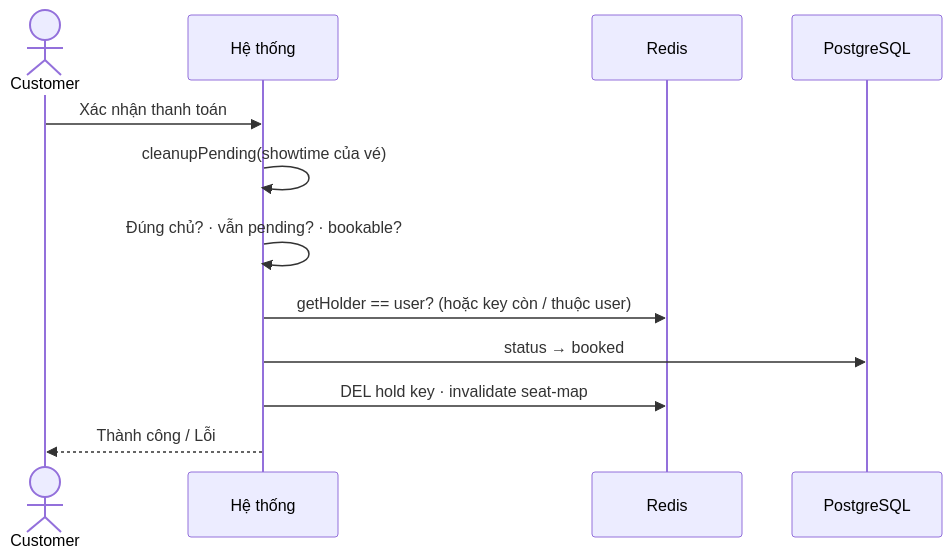
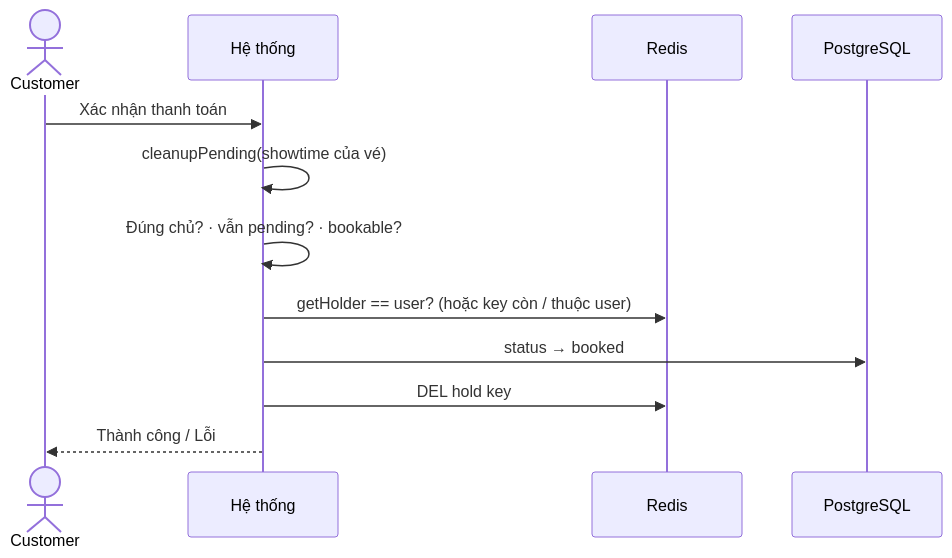
One commit to Hoangvu2911/SBU5_learnPython changed the fifth of 11 diagrams in myproject/SPEC.md. Above: the diagram before and after it, drawn with Mermaid. The commit also changed other lines of this file and 15 other files, not shown here.

````diff
--- a/myproject/SPEC.md
+++ b/myproject/SPEC.md
@@ -372,15 +363,15 @@
 ```mermaid
 sequenceDiagram
   actor C as Customer
   participant S as Hệ thống
   participant R as Redis
   participant DB as PostgreSQL
 
   C->>S: Xác nhận thanh toán
   S->>S: cleanupPending(showtime của vé)
   S->>S: Đúng chủ? · vẫn pending? · bookable?
   S->>R: getHolder == user? (hoặc key còn / thuộc user)
   S->>DB: status → booked
-  S->>R: DEL hold key · invalidate seat-map
+  S->>R: DEL hold key
   S-->>C: Thành công / Lỗi
 ```
````
